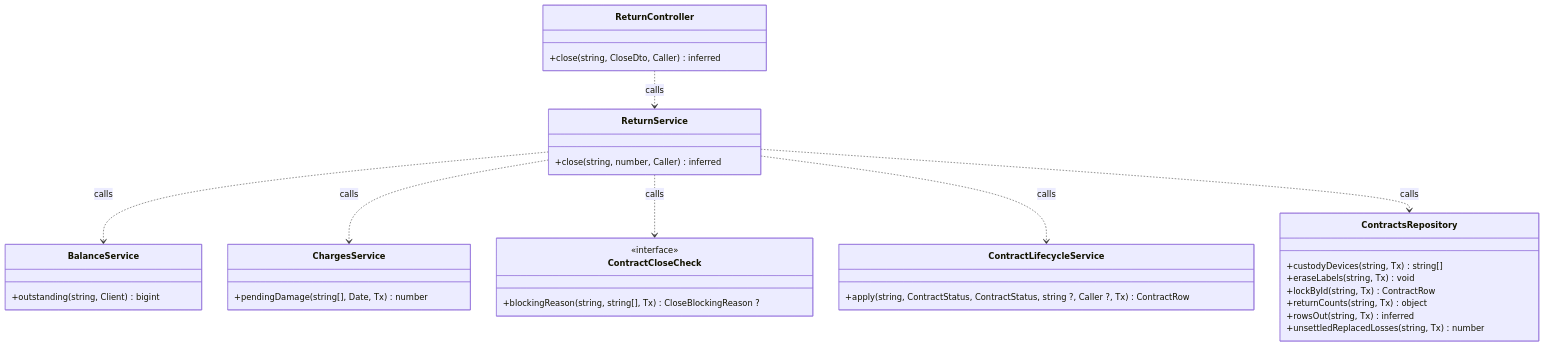
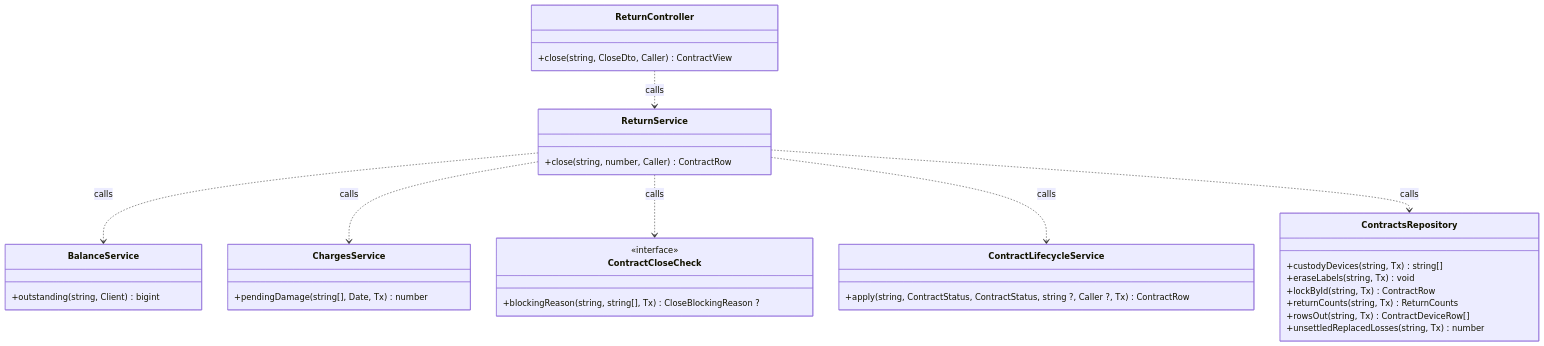
One commit to TrekLink-Team/treklink-web changed diagram 12 of 29 in specs/rentals/design.md. Above: the diagram before and after it, drawn with Mermaid. The commit also changed other lines of this file and 2 other files, not shown here.

First line of the commit message:
docs: UC-24 renewal only, no opt blocks, named return types (review of #113)

````diff
--- a/specs/rentals/design.md
+++ b/specs/rentals/design.md
@@ -452,37 +452,37 @@
 ```mermaid
 classDiagram
     direction TB
     class ReturnController {
-        +close(string, CloseDto, Caller) inferred
+        +close(string, CloseDto, Caller) ContractView
     }
     class ReturnService {
-        +close(string, number, Caller) inferred
+        +close(string, number, Caller) ContractRow
     }
     class ContractLifecycleService {
         +apply(string, ContractStatus, ContractStatus, string ?, Caller ?, Tx) ContractRow
     }
     class BalanceService {
         +outstanding(string, Client) bigint
     }
     class ChargesService {
         +pendingDamage(string[], Date, Tx) number
     }
     class ContractCloseCheck {
         <<interface>>
         +blockingReason(string, string[], Tx) CloseBlockingReason ?
     }
     class ContractsRepository {
         +custodyDevices(string, Tx) string[]
         +eraseLabels(string, Tx) void
         +lockById(string, Tx) ContractRow
-        +returnCounts(string, Tx) object
-        +rowsOut(string, Tx) inferred
+        +returnCounts(string, Tx) ReturnCounts
+        +rowsOut(string, Tx) ContractDeviceRow[]
         +unsettledReplacedLosses(string, Tx) number
     }
     ReturnController ..> ReturnService : calls
     ReturnService ..> BalanceService : calls
     ReturnService ..> ChargesService : calls
     ReturnService ..> ContractCloseCheck : calls
     ReturnService ..> ContractLifecycleService : calls
     ReturnService ..> ContractsRepository : calls
 ```
````
